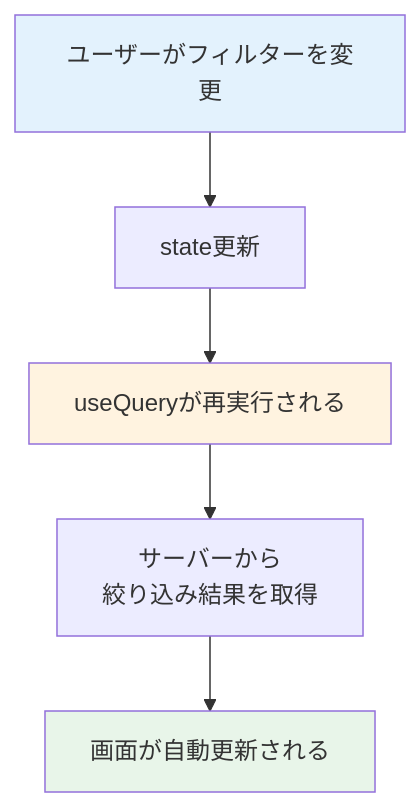
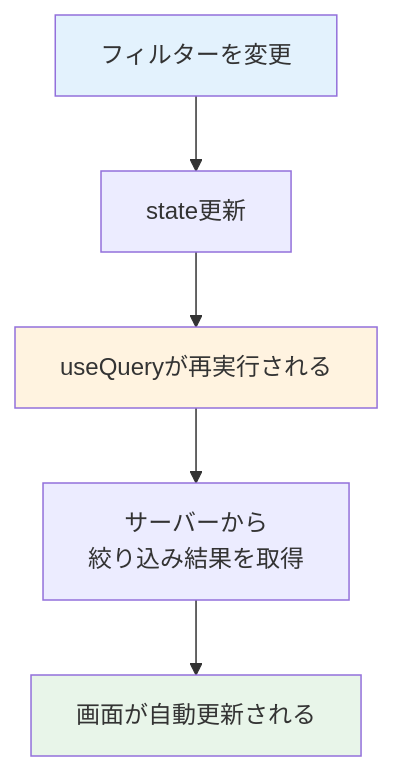
Before and after one commit to kouiso/task-app: the second of 3 diagrams in material/30days-curriculum/day13_タスク一覧画面.md, drawn with Mermaid. The commit also changed other lines of this file and 3 other files, not shown here.

First line of the commit message:
fix(material): Mermaidラベルの自動折れと行内コードオーバーフローを解消 (#733)

````diff
--- a/material/30days-curriculum/day13_タスク一覧画面.md
+++ b/material/30days-curriculum/day13_タスク一覧画面.md
@@ -46,11 +46,11 @@
 ```mermaid
 flowchart TD
-    A[ユーザーがフィルターを変更] --> B[state更新]
+    A[フィルターを変更] --> B[state更新]
     B --> C[useQueryが再実行される]
     C --> D[サーバーから<br/>絞り込み結果を取得]
     D --> E[画面が自動更新される]
 
     style A fill:#e3f2fd
     style C fill:#fff3e0
     style E fill:#e8f5e9
 ```
````
